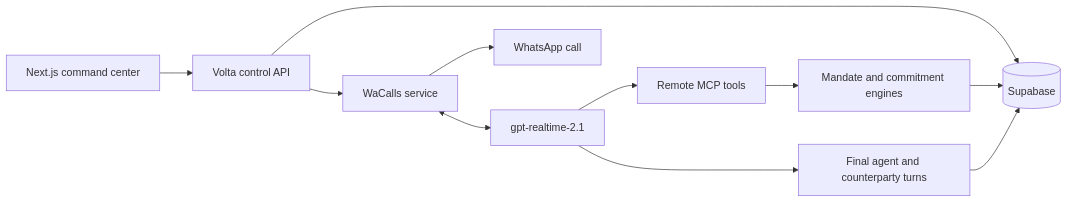
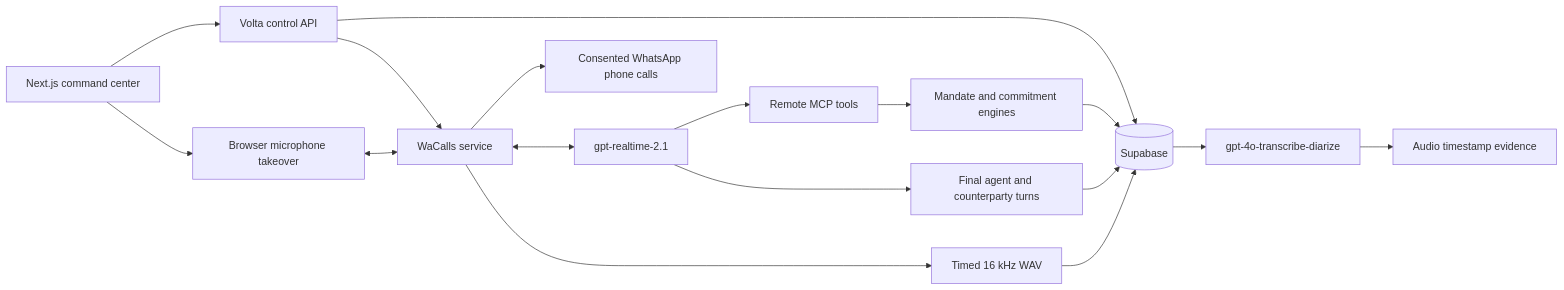
One commit to saraivabr/volta-hackathon changed the diagram in README.md. Above: the diagram before and after it, drawn with Mermaid. The commit also changed other lines of this file and 40 other files, not shown here.

Commit message:
feat: complete WaCalls operational evidence loop

````diff
--- a/README.md
+++ b/README.md
@@ -18,13 +18,19 @@
 ```mermaid
 flowchart LR
   UI[Next.js command center] --> API[Volta control API]
   API --> DB[(Supabase)]
   API --> WA[WaCalls service]
-  WA --> PHONE[WhatsApp call]
+  WA --> PHONE[Consented WhatsApp phone calls]
   WA <--> RT[gpt-realtime-2.1]
   RT --> MCP[Remote MCP tools]
   MCP --> POLICY[Mandate and commitment engines]
   POLICY --> DB
   RT --> TRANSCRIPT[Final agent and counterparty turns]
   TRANSCRIPT --> DB
+  WA --> WAV[Timed 16 kHz WAV]
+  WAV --> DB
+  DB --> DIARIZE[gpt-4o-transcribe-diarize]
+  DIARIZE --> EVIDENCE[Audio timestamp evidence]
+  UI --> HANDOFF[Browser microphone takeover]
+  HANDOFF <--> WA
 ```
````
